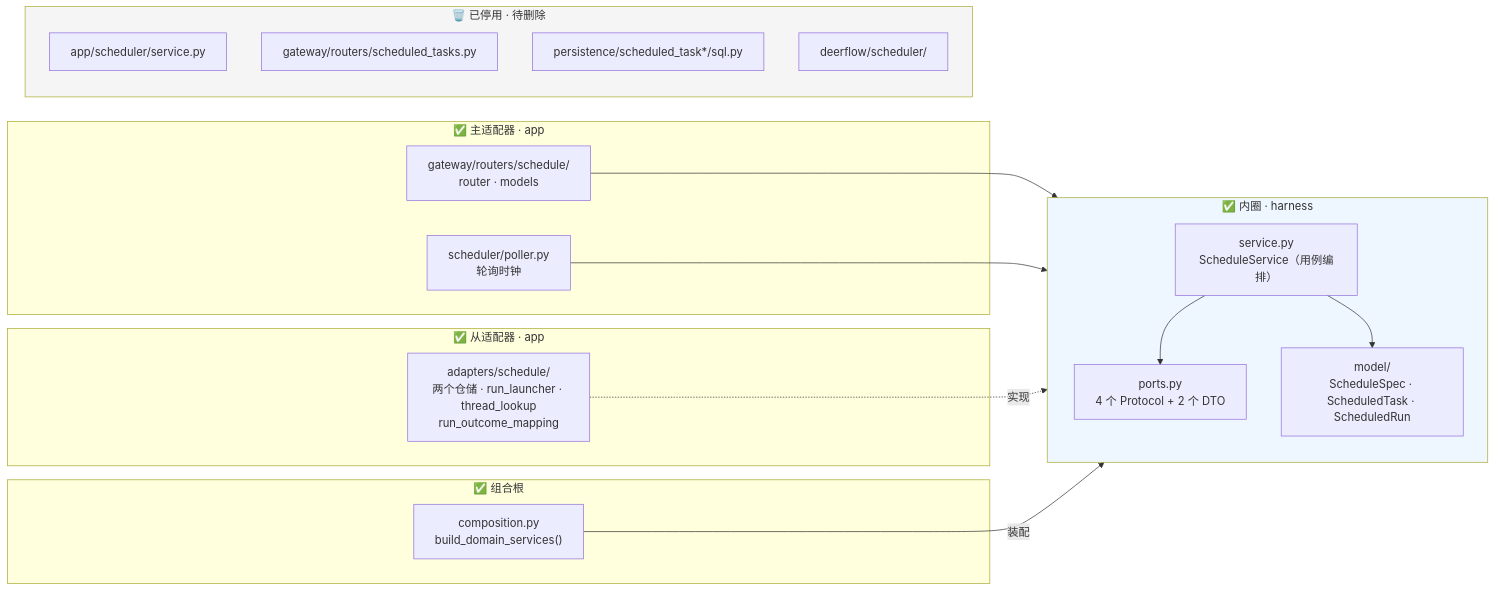
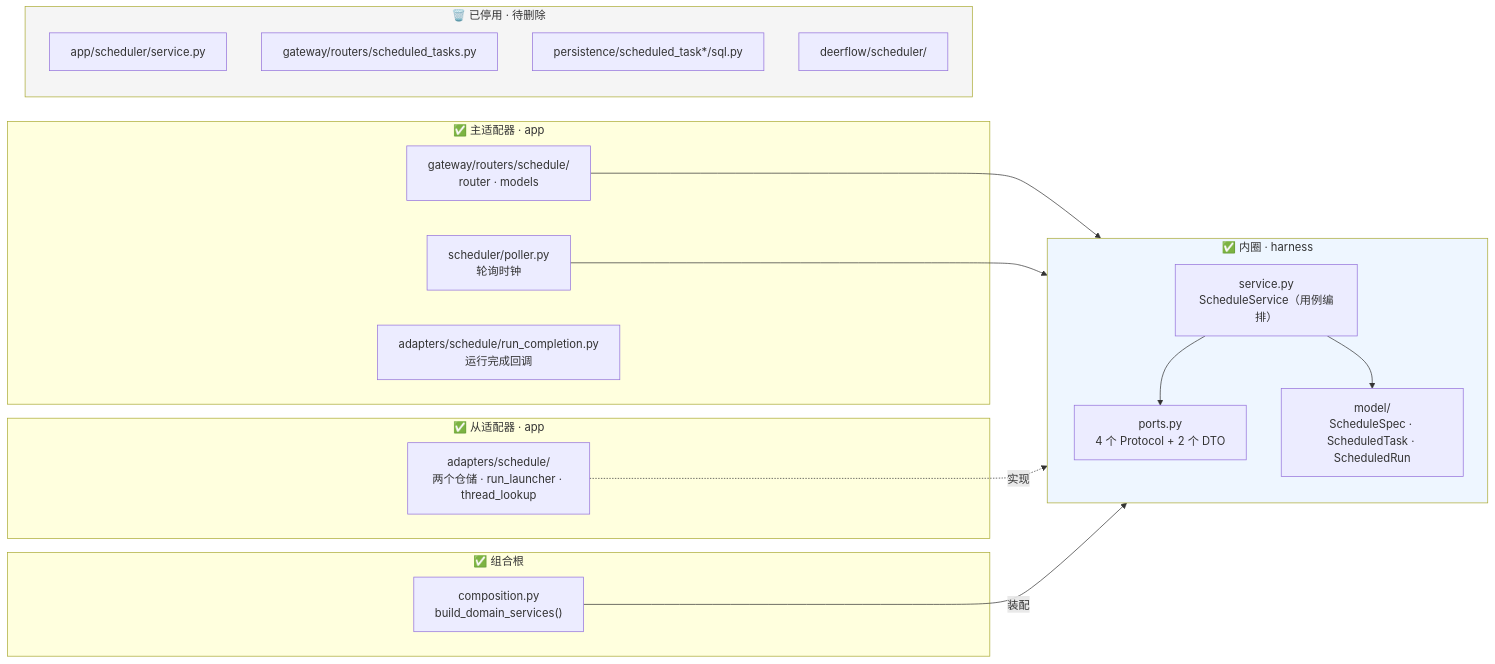
The first of 6 diagrams in backend/docs/SCHEDULE_DESIGN_zh.md (bytedance/deer-flow), drawn with Mermaid before and after one commit. The commit also changed other lines of this file and 7 other files, not shown here.

````diff
--- a/backend/docs/SCHEDULE_DESIGN_zh.md
+++ b/backend/docs/SCHEDULE_DESIGN_zh.md
@@ -47,35 +47,36 @@
 ```mermaid
 flowchart LR
     subgraph IN["✅ 内圈 · harness"]
         direction TB
         SV["service.py<br/>ScheduleService（用例编排）"]
         PO["ports.py<br/>4 个 Protocol + 2 个 DTO"]
         M["model/<br/>ScheduleSpec · ScheduledTask · ScheduledRun"]
         SV --> PO
         SV --> M
     end
     subgraph PRIM["✅ 主适配器 · app"]
         R["gateway/routers/schedule/<br/>router · models"]
         PL["scheduler/poller.py<br/>轮询时钟"]
+        RC["adapters/schedule/run_completion.py<br/>运行完成回调"]
     end
     subgraph SEC["✅ 从适配器 · app"]
-        AD["adapters/schedule/<br/>两个仓储 · run_launcher · thread_lookup<br/>run_outcome_mapping"]
+        AD["adapters/schedule/<br/>两个仓储 · run_launcher · thread_lookup"]
     end
     subgraph CR["✅ 组合根"]
         CO["composition.py<br/>build_domain_services()"]
     end
     subgraph DEAD["🗑️ 已停用 · 待删除"]
         S["app/scheduler/service.py"]
         OR["gateway/routers/scheduled_tasks.py"]
         P["persistence/scheduled_task*/sql.py"]
         C["deerflow/scheduler/"]
     end
 
     R --> SV
     PL --> SV
     AD -.->|实现| PO
     CO -->|装配| SV
 
     style IN fill:#eef6ff
     style DEAD fill:#f5f5f5
 ```
````
